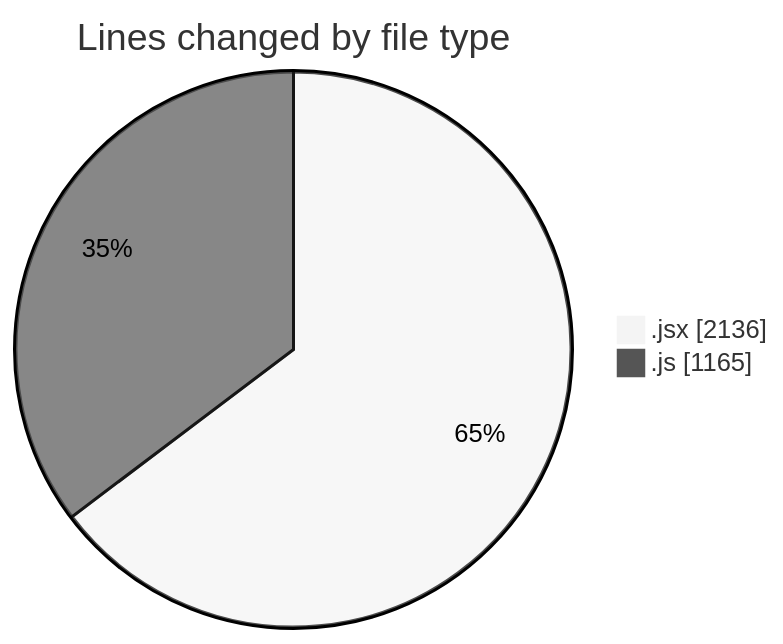
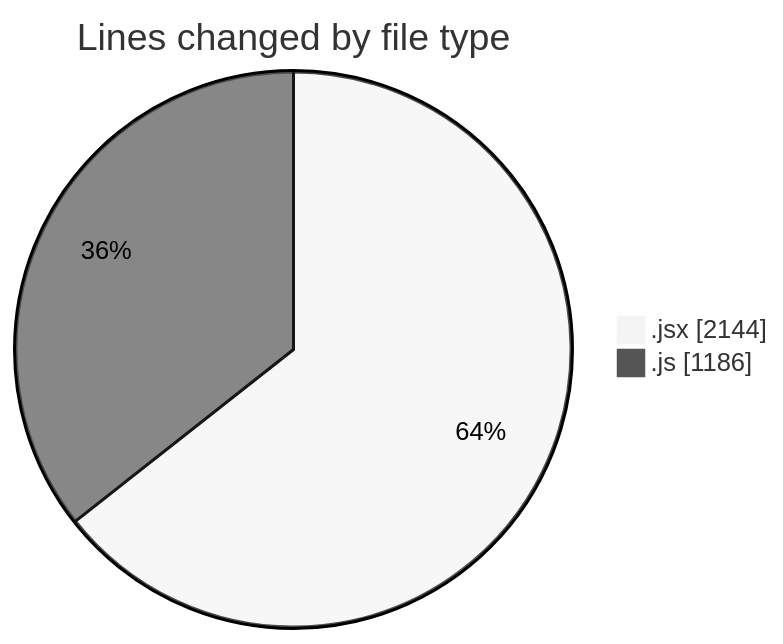
Before and after one commit to nxtqubesakshisongat/code-tracking: the first of 2 diagrams in 2025-07-30/nxtqube_webapp/README.md, drawn with Mermaid (neutral theme). The commit also changed other lines of this file and 1 other file, not shown here.

````diff
--- a/2025-07-30/nxtqube_webapp/README.md
+++ b/2025-07-30/nxtqube_webapp/README.md
@@ -27,6 +27,6 @@
 ```mermaid
 pie showData
 title Lines changed by file type
-".jsx" : 2136
-".js" : 1165
+".jsx" : 2144
+".js" : 1186
 ```
````
